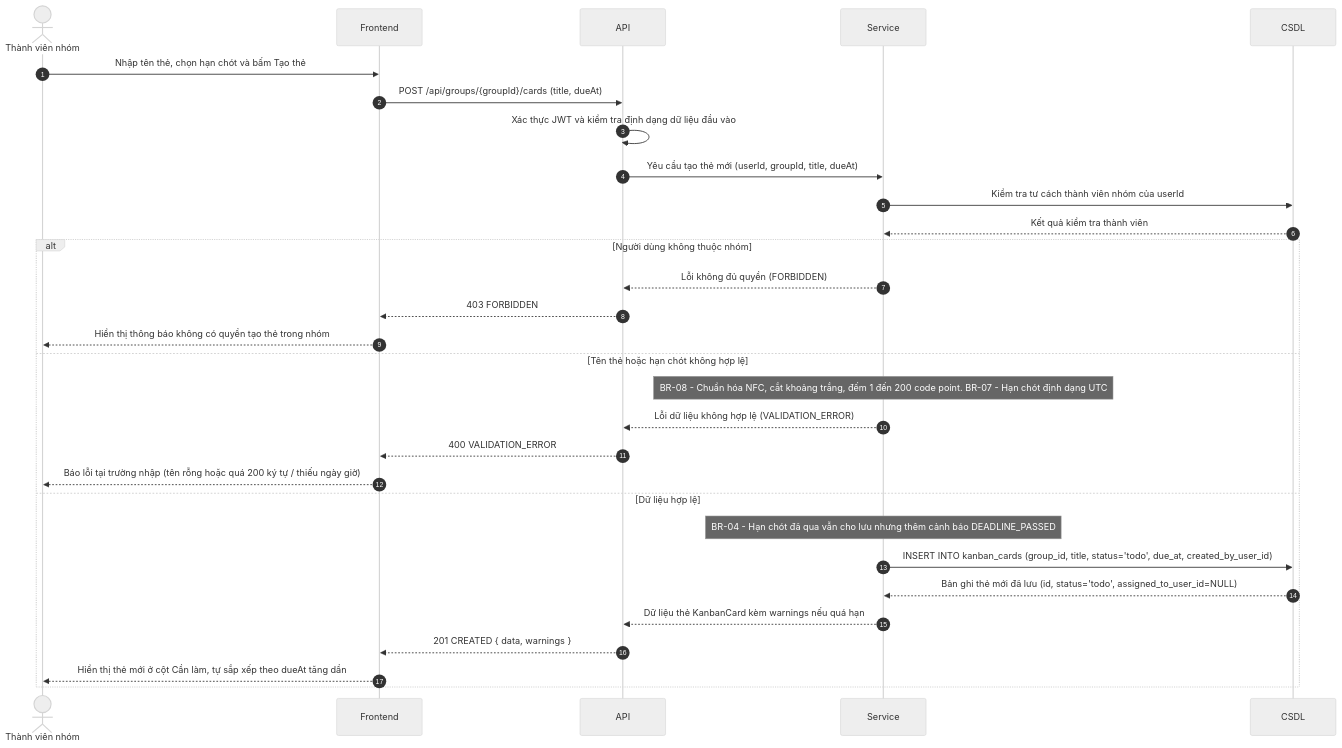
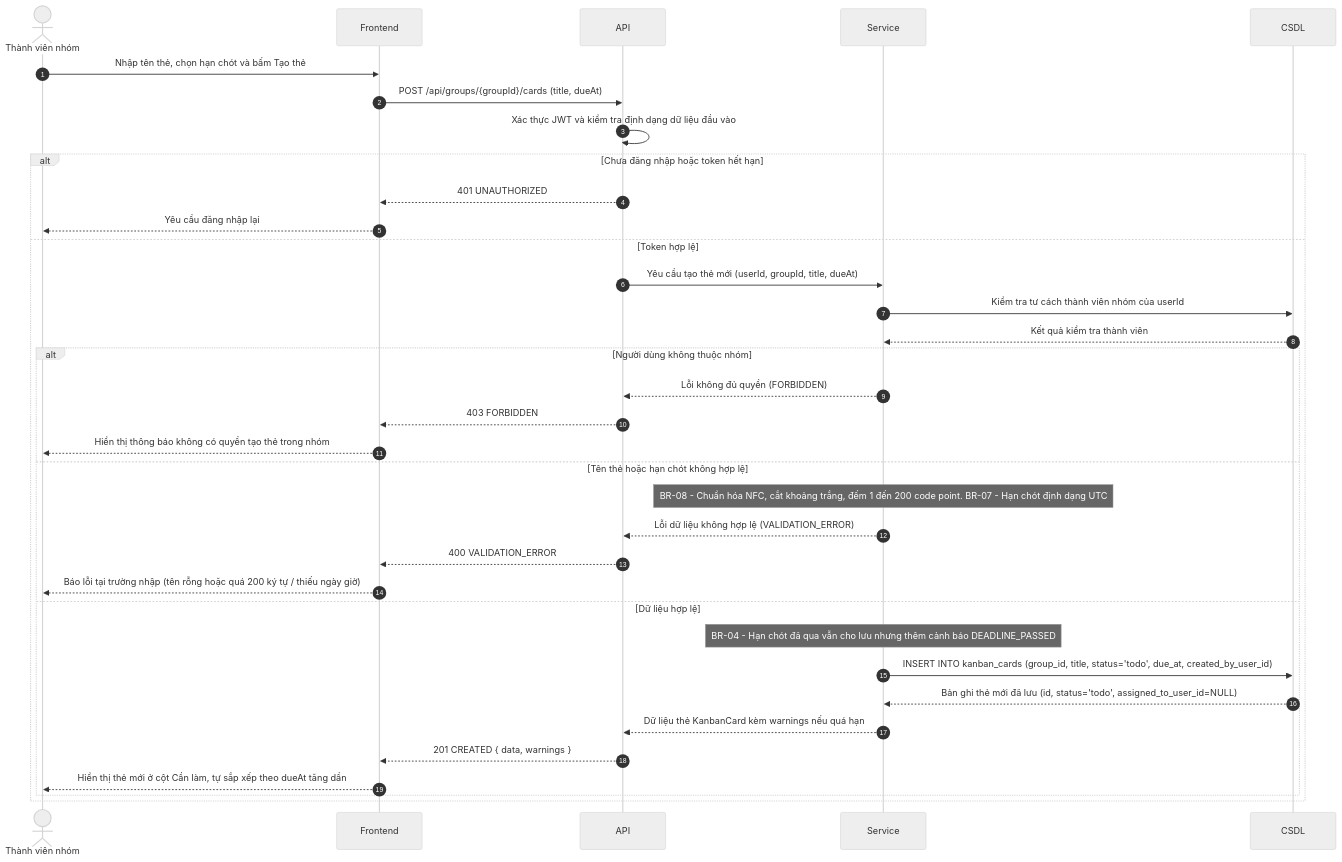
The first of 4 diagrams in docs/api.md (NMCNPM-StudySync/StudySync), drawn with Mermaid before and after one commit. The commit also changed other lines of this file, not shown here.

Commit message:
docs: cập nhật sơ đồ tuần tự TV5 theo góp ý review của Neqqipy

````diff
--- a/docs/api.md
+++ b/docs/api.md
@@ -1038,34 +1038,39 @@
 ```mermaid
 %%{init: {'theme': 'neutral'}}%%
 sequenceDiagram
     autonumber
     actor TVN as Thành viên nhóm
     participant FE as Frontend
     participant API as API
     participant SVC as Service
     participant DB as CSDL
 
     TVN->>FE: Nhập tên thẻ, chọn hạn chót và bấm Tạo thẻ
     FE->>API: POST /api/groups/{groupId}/cards (title, dueAt)
     API->>API: Xác thực JWT và kiểm tra định dạng dữ liệu đầu vào
-    API->>SVC: Yêu cầu tạo thẻ mới (userId, groupId, title, dueAt)
-    SVC->>DB: Kiểm tra tư cách thành viên nhóm của userId
-    DB-->>SVC: Kết quả kiểm tra thành viên
-    alt Người dùng không thuộc nhóm
-        SVC-->>API: Lỗi không đủ quyền (FORBIDDEN)
-        API-->>FE: 403 FORBIDDEN
-        FE-->>TVN: Hiển thị thông báo không có quyền tạo thẻ trong nhóm
-    else Tên thẻ hoặc hạn chót không hợp lệ
-        Note over SVC: BR-08 - Chuẩn hóa NFC, cắt khoảng trắng, đếm 1 đến 200 code point. BR-07 - Hạn chót định dạng UTC
-        SVC-->>API: Lỗi dữ liệu không hợp lệ (VALIDATION_ERROR)
-        API-->>FE: 400 VALIDATION_ERROR
-        FE-->>TVN: Báo lỗi tại trường nhập (tên rỗng hoặc quá 200 ký tự / thiếu ngày giờ)
-    else Dữ liệu hợp lệ
-        Note over SVC: BR-04 - Hạn chót đã qua vẫn cho lưu nhưng thêm cảnh báo DEADLINE_PASSED
-        SVC->>DB: INSERT INTO kanban_cards (group_id, title, status='todo', due_at, created_by_user_id)
-        DB-->>SVC: Bản ghi thẻ mới đã lưu (id, status='todo', assigned_to_user_id=NULL)
-        SVC-->>API: Dữ liệu thẻ KanbanCard kèm warnings nếu quá hạn
-        API-->>FE: 201 CREATED { data, warnings }
-        FE-->>TVN: Hiển thị thẻ mới ở cột Cần làm, tự sắp xếp theo dueAt tăng dần
+    alt Chưa đăng nhập hoặc token hết hạn
+        API-->>FE: 401 UNAUTHORIZED
+        FE-->>TVN: Yêu cầu đăng nhập lại
+    else Token hợp lệ
+        API->>SVC: Yêu cầu tạo thẻ mới (userId, groupId, title, dueAt)
+        SVC->>DB: Kiểm tra tư cách thành viên nhóm của userId
+        DB-->>SVC: Kết quả kiểm tra thành viên
+        alt Người dùng không thuộc nhóm
+            SVC-->>API: Lỗi không đủ quyền (FORBIDDEN)
+            API-->>FE: 403 FORBIDDEN
+            FE-->>TVN: Hiển thị thông báo không có quyền tạo thẻ trong nhóm
+        else Tên thẻ hoặc hạn chót không hợp lệ
+            Note over SVC: BR-08 - Chuẩn hóa NFC, cắt khoảng trắng, đếm 1 đến 200 code point. BR-07 - Hạn chót định dạng UTC
+            SVC-->>API: Lỗi dữ liệu không hợp lệ (VALIDATION_ERROR)
+            API-->>FE: 400 VALIDATION_ERROR
+            FE-->>TVN: Báo lỗi tại trường nhập (tên rỗng hoặc quá 200 ký tự / thiếu ngày giờ)
+        else Dữ liệu hợp lệ
+            Note over SVC: BR-04 - Hạn chót đã qua vẫn cho lưu nhưng thêm cảnh báo DEADLINE_PASSED
+            SVC->>DB: INSERT INTO kanban_cards (group_id, title, status='todo', due_at, created_by_user_id)
+            DB-->>SVC: Bản ghi thẻ mới đã lưu (id, status='todo', assigned_to_user_id=NULL)
+            SVC-->>API: Dữ liệu thẻ KanbanCard kèm warnings nếu quá hạn
+            API-->>FE: 201 CREATED { data, warnings }
+            FE-->>TVN: Hiển thị thẻ mới ở cột Cần làm, tự sắp xếp theo dueAt tăng dần
+        end
     end
 ```
````
